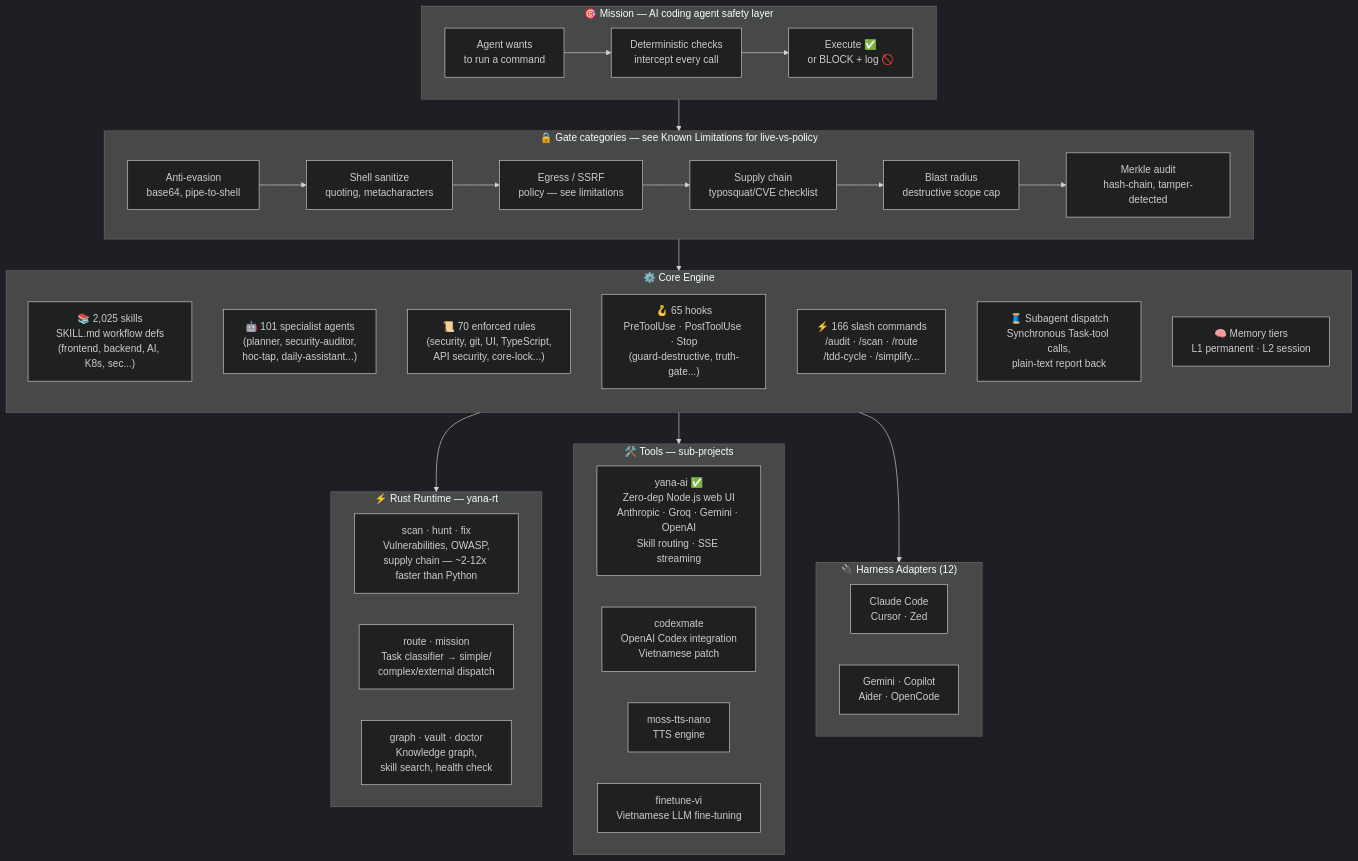
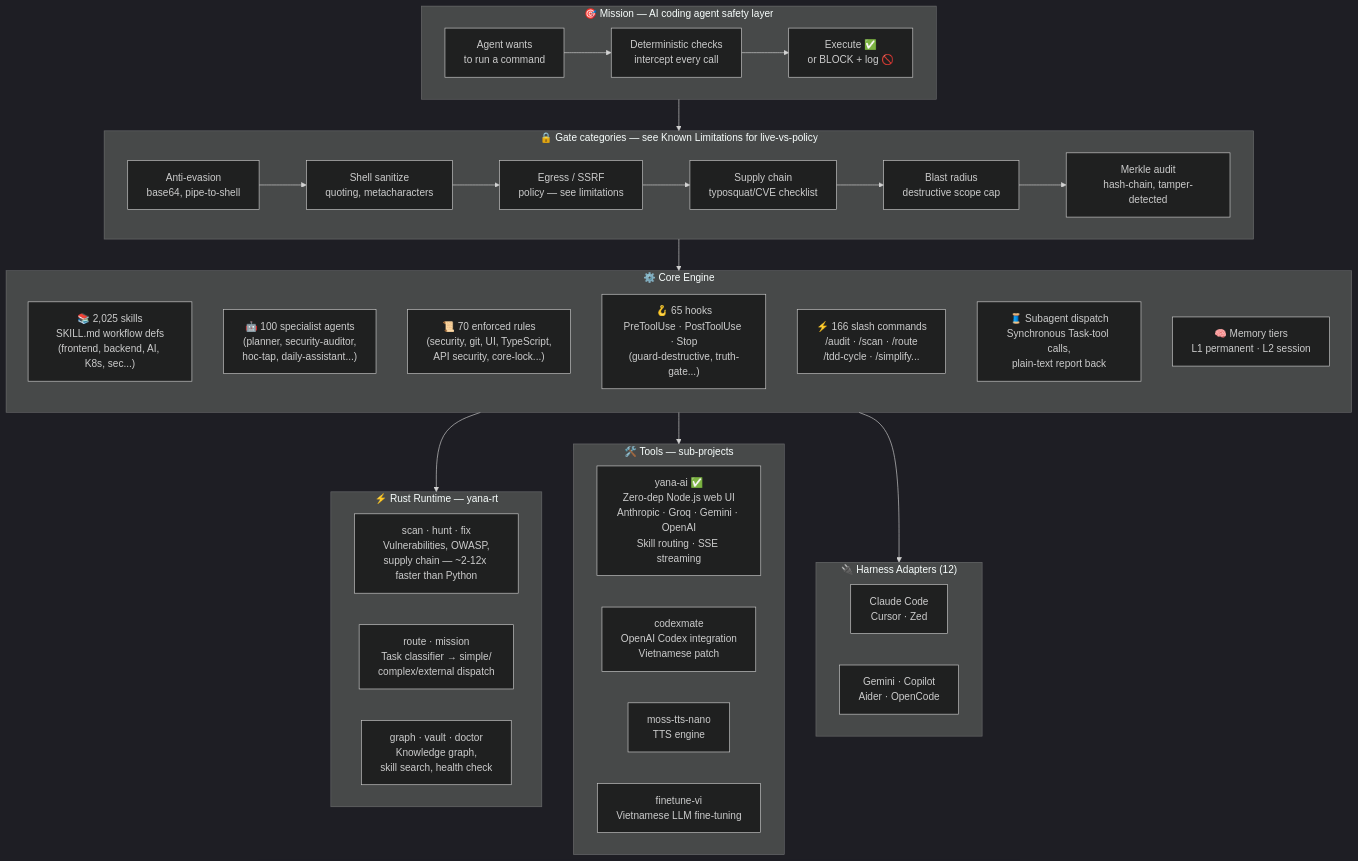
Before and after one commit to yanacuti1121/Yana-AI: the diagram in docs/reference/architecture.md, drawn with Mermaid (dark theme). The commit also changed other lines of this file, not shown here.

First line of the commit message:
fix(docs): sync remaining 101->100 agent count in architecture.md

````diff
--- a/docs/reference/architecture.md
+++ b/docs/reference/architecture.md
@@ -23,66 +23,66 @@
 ```mermaid
 graph TB
     %% ── Mission ──────────────────────────────────────────────────────
     subgraph MISSION["🎯 Mission — AI coding agent safety layer"]
         direction LR
         AGENT["Agent wants\nto run a command"]
         GATE["Deterministic checks\nintercept every call"]
         OUT["Execute ✅\nor BLOCK + log 🚫"]
         AGENT --> GATE --> OUT
     end
 
     %% ── Gate categories ──────────────────────────────────────────────────
     subgraph GATES["🔒 Gate categories — see Known Limitations for live-vs-policy"]
         direction LR
         G1["Anti-evasion\nbase64, pipe-to-shell"]
         G2["Shell sanitize\nquoting, metacharacters"]
         G3["Egress / SSRF\npolicy — see limitations"]
         G4["Supply chain\ntyposquat/CVE checklist"]
         G5["Blast radius\ndestructive scope cap"]
         G6["Merkle audit\nhash-chain, tamper-detected"]
         G1 --> G2 --> G3 --> G4 --> G5 --> G6
     end
 
     %% ── Core engine ──────────────────────────────────────────────────────
     subgraph CORE["⚙️ Core Engine"]
         direction TB
         SKILLS["📚 2,025 skills\nSKILL.md workflow defs\n(frontend, backend, AI, K8s, sec...)"]
-        AGENTS["🤖 101 specialist agents\n(planner, security-auditor,\nhoc-tap, daily-assistant...)"]
+        AGENTS["🤖 100 specialist agents\n(planner, security-auditor,\nhoc-tap, daily-assistant...)"]
         RULES["📜 70 enforced rules\n(security, git, UI, TypeScript,\nAPI security, core-lock...)"]
         HOOKS["🪝 65 hooks\nPreToolUse · PostToolUse · Stop\n(guard-destructive, truth-gate...)"]
         CMDS["⚡ 166 slash commands\n/audit · /scan · /route\n/tdd-cycle · /simplify..."]
         DISPATCH["🧵 Subagent dispatch\nSynchronous Task-tool calls,\nplain-text report back"]
         MEM["🧠 Memory tiers\nL1 permanent · L2 session"]
     end
 
     %% ── Rust runtime ─────────────────────────────────────────────────────
     subgraph RT["⚡ Rust Runtime — yana-rt"]
         direction LR
         SCAN["scan · hunt · fix\nVulnerabilities, OWASP,\nsupply chain — ~2-12x faster than Python"]
         ROUTE["route · mission\nTask classifier → simple/\ncomplex/external dispatch"]
         VAULT["graph · vault · doctor\nKnowledge graph,\nskill search, health check"]
     end
 
     %% ── Tools ────────────────────────────────────────────────────────────
     subgraph TOOLS["🛠️ Tools — sub-projects"]
         direction LR
         YANA["yana-ai ✅\nZero-dep Node.js web UI\nAnthropic · Groq · Gemini · OpenAI\nSkill routing · SSE streaming"]
         CODEXMATE["codexmate\nOpenAI Codex integration\nVietnamese patch"]
         MOSS["moss-tts-nano\nTTS engine"]
         FINETUNE["finetune-vi\nVietnamese LLM fine-tuning"]
     end
 
     %% ── Harness adapters ─────────────────────────────────────────────────
     subgraph HARNESS["🔌 Harness Adapters (12)"]
         direction LR
         H1["Claude Code\nCursor · Zed"]
         H2["Gemini · Copilot\nAider · OpenCode"]
     end
 
     %% ── Connections ──────────────────────────────────────────────────────
     MISSION --> GATES
     GATES --> CORE
     CORE --> RT
     CORE --> TOOLS
     CORE --> HARNESS
 ```
````
